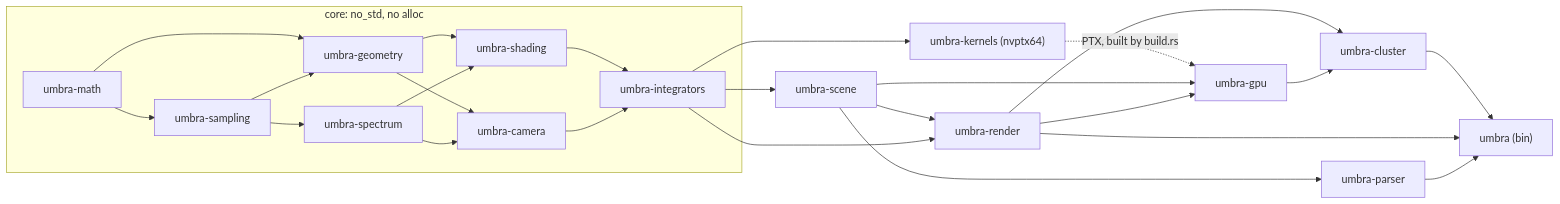
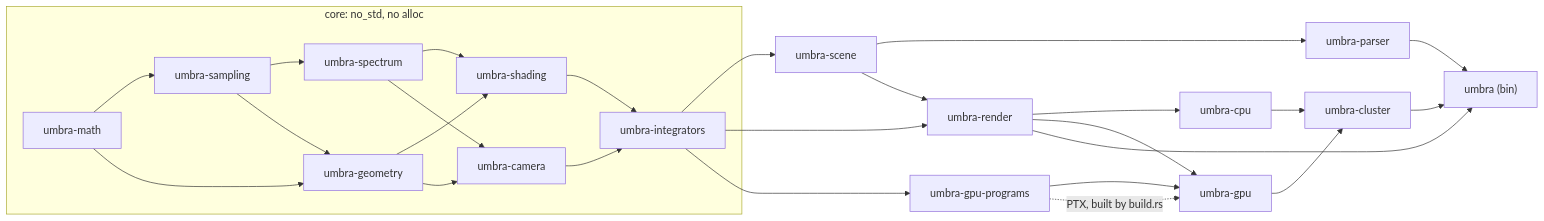
The diagram in docs/architecture/05-building-block-view.md (sergioffpc/umbra), drawn with Mermaid before and after one commit. The commit also changed other lines of this file and 70 other files, not shown here.

First line of the commit message:
refactor!: split the renderer into umbra-render, umbra-cpu and umbra-gpu

````diff
--- a/docs/architecture/05-building-block-view.md
+++ b/docs/architecture/05-building-block-view.md
@@ -7,27 +7,28 @@
 ```mermaid
 graph LR
   subgraph core ["core: no_std, no alloc"]
     math[umbra-math] --> sampling[umbra-sampling] --> spectrum[umbra-spectrum]
     math --> geometry[umbra-geometry]
     sampling --> geometry
     geometry --> shading[umbra-shading]
     spectrum --> shading
     geometry --> camera[umbra-camera]
     spectrum --> camera
     shading --> integrators[umbra-integrators]
     camera --> integrators
   end
   integrators --> scene[umbra-scene]
   scene --> parser[umbra-parser]
   scene --> render[umbra-render]
   integrators --> render
-  integrators --> kernels["umbra-kernels (nvptx64)"]
-  kernels -. "PTX, built by build.rs" .-> gpu[umbra-gpu]
-  scene --> gpu
+  render --> cpu[umbra-cpu]
+  integrators --> programs[umbra-gpu-programs]
+  programs --> gpu[umbra-gpu]
+  programs -. "PTX, built by build.rs" .-> gpu
   render --> gpu
-  render --> cluster[umbra-cluster]
+  cpu --> cluster[umbra-cluster]
   gpu --> cluster
   cluster --> umbra["umbra (bin)"]
   render --> umbra
   parser --> umbra
 ```
````
